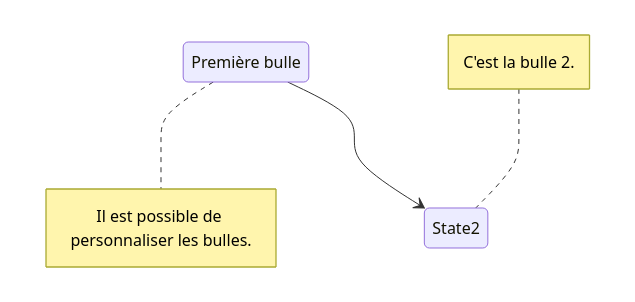
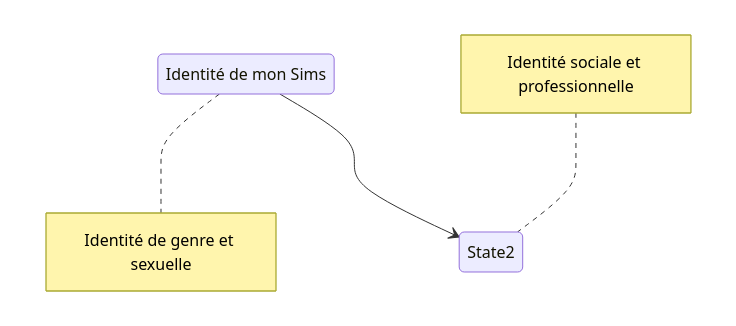
The diagram in content/blog/post2.md (GABGABAB/Carnet-pour-mon-Sims), drawn with Mermaid before and after one commit. The commit also changed other lines of this file, not shown here.

```diff
--- a/content/blog/post2.md
+++ b/content/blog/post2.md
@@ -17,9 +17,9 @@
 {{% mermaid %}}
 stateDiagram-v2
-    State1: Première bulle
+    State1: Identité de mon Sims
     note right of State1
-        Il est possible de personnaliser les bulles.
+        Identité de genre et sexuelle
     end note
     State1 --> State2
-    note left of State2 : C'est la bulle 2.
+    note left of State2 : Identité sociale et professionnelle
 {{% /mermaid %}}
```
